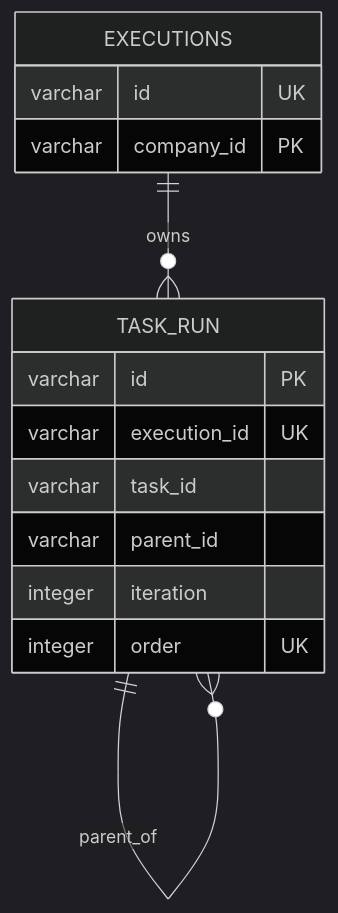
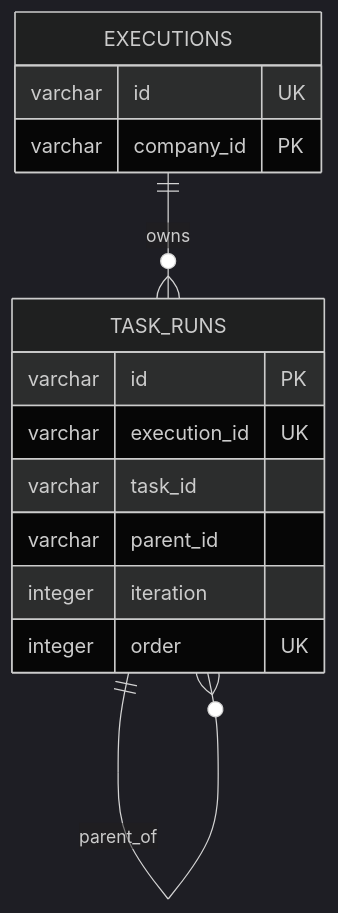
Before and after one commit to Eiddy5/flow: the third of 3 diagrams in docs/decisions/0036-model-loop-and-loop-until-as-recoverable-orchestration-scopes.md, drawn with Mermaid (dark theme). The commit also changed other lines of this file and 61 other files, not shown here.

````diff
--- a/docs/decisions/0036-model-loop-and-loop-until-as-recoverable-orchestration-scopes.md
+++ b/docs/decisions/0036-model-loop-and-loop-until-as-recoverable-orchestration-scopes.md
@@ -194,19 +194,19 @@
 ```mermaid
 erDiagram
-    EXECUTIONS ||--o{ TASK_RUN : owns
-    TASK_RUN ||--o{ TASK_RUN : parent_of
+    EXECUTIONS ||--o{ TASK_RUNS : owns
+    TASK_RUNS ||--o{ TASK_RUNS : parent_of
 
     EXECUTIONS {
         varchar id UK
         varchar company_id PK
     }
 
-    TASK_RUN {
+    TASK_RUNS {
         varchar id PK
         varchar execution_id UK
         varchar task_id
         varchar parent_id
         integer iteration
         integer order UK
     }
 ```
````
